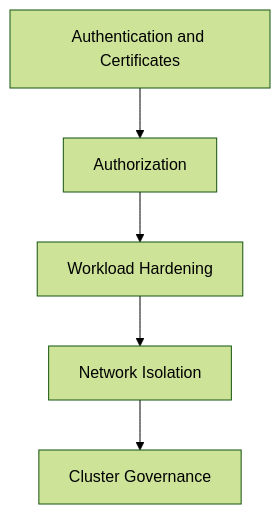
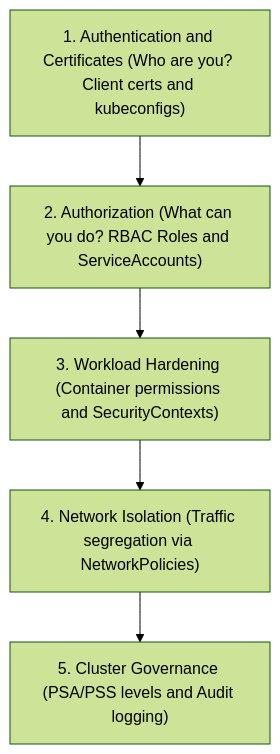
One commit to kmashour/BrainDump changed the first of 3 diagrams in Reference Notes/08_security_and_network_policies.md. Above: the diagram before and after it, drawn with Mermaid (forest theme). The commit also changed 15 other files, not shown here.

Commit message:
docs: restore detailed informative mermaid diagrams replacing ampersands with 'and'

````diff
--- a/Reference Notes/08_security_and_network_policies.md
+++ b/Reference Notes/08_security_and_network_policies.md
@@ -11,7 +11,7 @@
 ```mermaid
 graph TD
-    A["Authentication and Certificates"] --> B["Authorization"]
-    B --> C["Workload Hardening"]
-    C --> D["Network Isolation"]
-    D --> E["Cluster Governance"]
+    A["1. Authentication and Certificates (Who are you? Client certs and kubeconfigs)"] --> B["2. Authorization (What can you do? RBAC Roles and ServiceAccounts)"]
+    B --> C["3. Workload Hardening (Container permissions and SecurityContexts)"]
+    C --> D["4. Network Isolation (Traffic segregation via NetworkPolicies)"]
+    D --> E["5. Cluster Governance (PSA/PSS levels and Audit logging)"]
 ```
````
